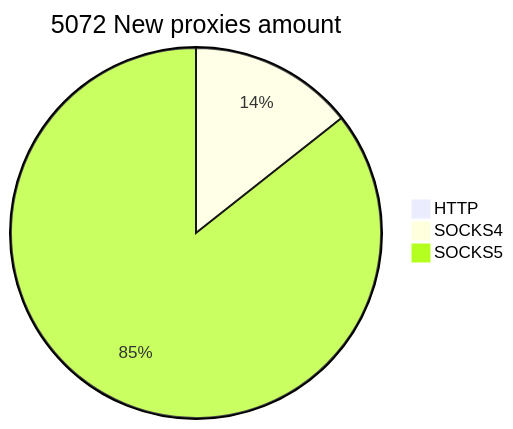
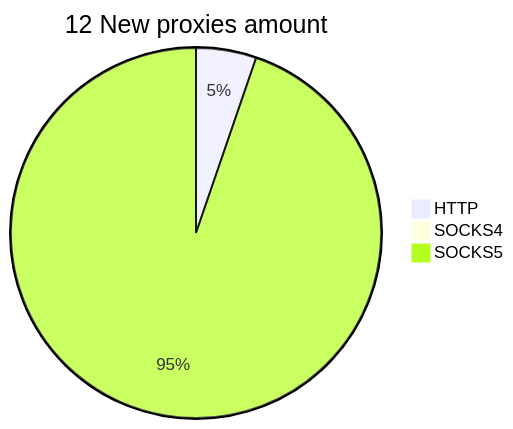
Before and after one commit to cutipu/proxylist: the second of 2 diagrams in README.md, drawn with Mermaid. The commit also changed other lines of this file, not shown here.

````diff
--- a/README.md
+++ b/README.md
@@ -10,6 +10,6 @@
 ```mermaid
-pie title 5072 New proxies amount
-    "HTTP" : 23
-    "SOCKS4" : 725
-    "SOCKS5" : 4324
+pie title 12 New proxies amount
+    "HTTP" : 1
+    "SOCKS4" : 0
+    "SOCKS5" : 18
 ```
````
